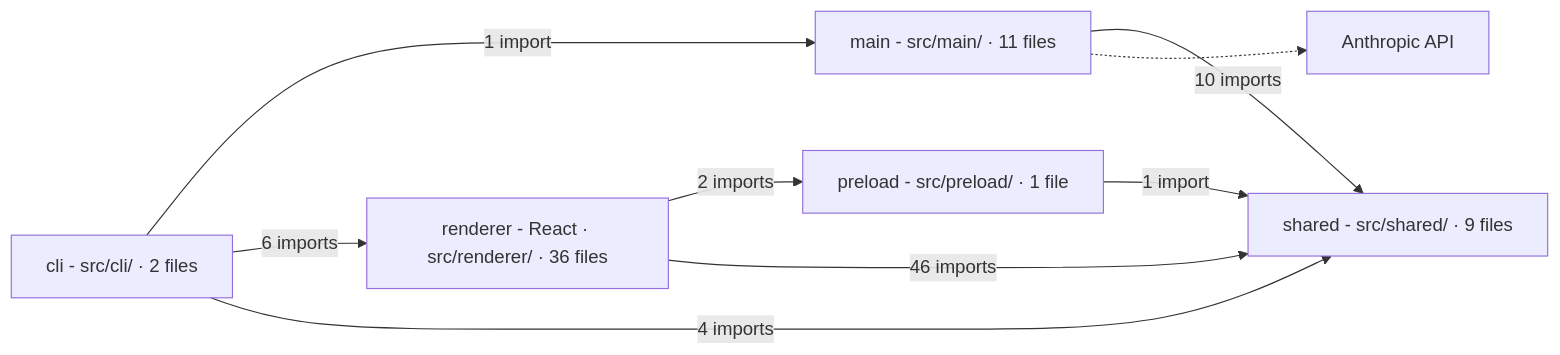
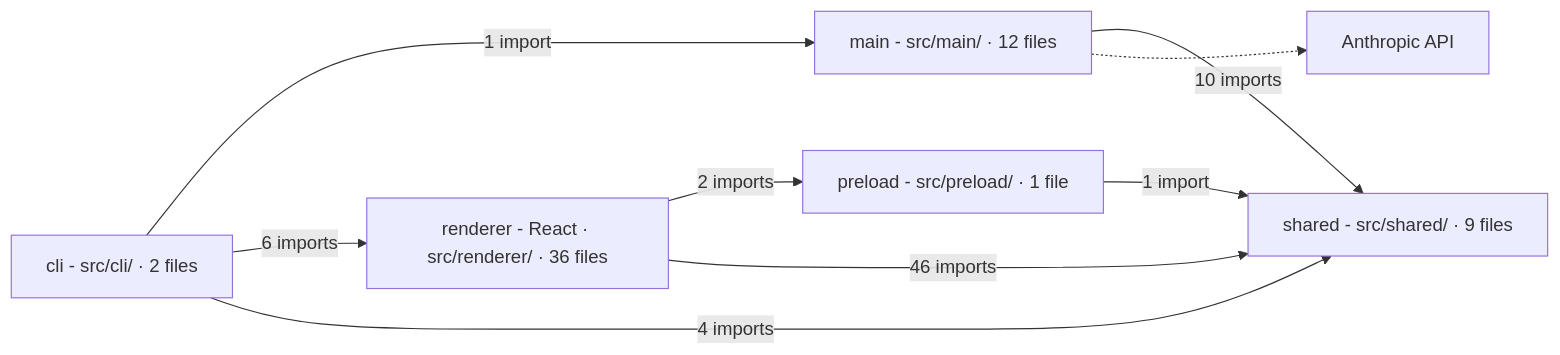
Before and after one commit to Sarthak-47/crtgrphr: the diagram in docs/architecture.md, drawn with Mermaid. The commit also changed 20 other files, not shown here.

````diff
--- a/docs/architecture.md
+++ b/docs/architecture.md
@@ -3,20 +3,20 @@
 ```mermaid
 flowchart LR
   dir_src_cli["cli - src/cli/ · 2 files"]
-  dir_src_main["main - src/main/ · 11 files"]
+  dir_src_main["main - src/main/ · 12 files"]
   dir_src_preload["preload - src/preload/ · 1 file"]
   dir_src_renderer["renderer - React · src/renderer/ · 36 files"]
   dir_src_shared["shared - src/shared/ · 9 files"]
   anthropic_api["Anthropic API"]
   dir_src_cli -->|"1 import"| dir_src_main
   dir_src_cli -->|"6 imports"| dir_src_renderer
   dir_src_cli -->|"4 imports"| dir_src_shared
   dir_src_main -->|"10 imports"| dir_src_shared
   dir_src_preload -->|"1 import"| dir_src_shared
   dir_src_renderer -->|"2 imports"| dir_src_preload
   dir_src_renderer -->|"46 imports"| dir_src_shared
   dir_src_main -.-> anthropic_api
   class dir_src_cli,dir_src_main,dir_src_preload,dir_src_shared backend
   class dir_src_renderer frontend
   class anthropic_api service
 ```
````
